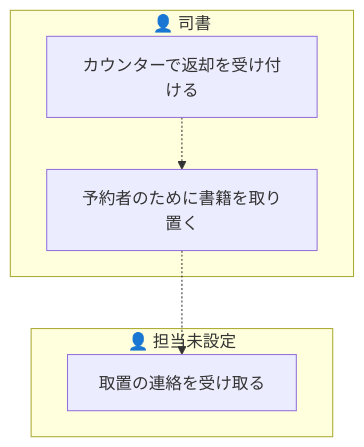
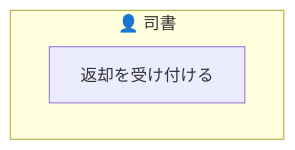
Before and after one commit to suwa-sh/suwa-sh-claude-plugins: the fifth of 11 diagrams in samples/distillery2/library-loan/docs/requirements/rdra/views/03_業務フロー.md, drawn with Mermaid. The commit also changed other lines of this file and 249 other files, not shown here.

````diff
--- a/samples/distillery2/library-loan/docs/requirements/rdra/views/03_業務フロー.md
+++ b/samples/distillery2/library-loan/docs/requirements/rdra/views/03_業務フロー.md
@@ -108,12 +94,6 @@
 ```mermaid
 graph TD
   subgraph LN1["👤 司書"]
-    AT1["カウンターで返却を受け付ける"]
-    AT2["予約者のために書籍を取り置く"]
+    AT1["返却を受け付ける"]
   end
-  subgraph LN2["👤 担当未設定"]
-    AT3["取置の連絡を受け取る"]
-  end
-  AT1 -.-> AT2
-  AT2 -.-> AT3
 ```
````
